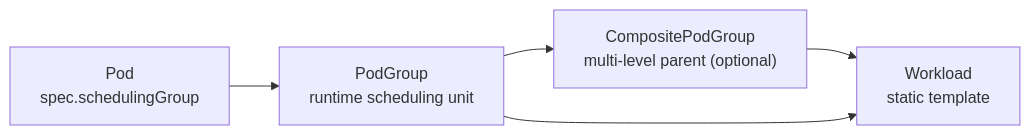
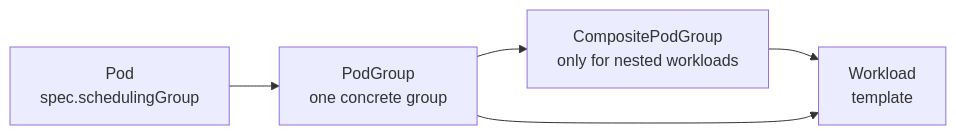
The first of 13 diagrams in docs/research/k8s-workload-aware-scheduling-vs-volcano.md (JesseStutler/volcano), drawn with Mermaid before and after one commit. The commit also changed other lines of this file and 1 other file, not shown here.

````diff
--- a/docs/research/k8s-workload-aware-scheduling-vs-volcano.md
+++ b/docs/research/k8s-workload-aware-scheduling-vs-volcano.md
@@ -17,12 +86,12 @@
 ```mermaid
 flowchart LR
     Pod["Pod<br/>spec.schedulingGroup"]
-    PG["PodGroup<br/>runtime scheduling unit"]
-    CPG["CompositePodGroup<br/>multi-level parent (optional)"]
-    W["Workload<br/>static template"]
+    PG["PodGroup<br/>one concrete group"]
+    CPG["CompositePodGroup<br/>only for nested workloads"]
+    W["Workload<br/>template"]
 
     Pod --> PG
     PG --> CPG
     CPG --> W
     PG --> W
 ```
````
